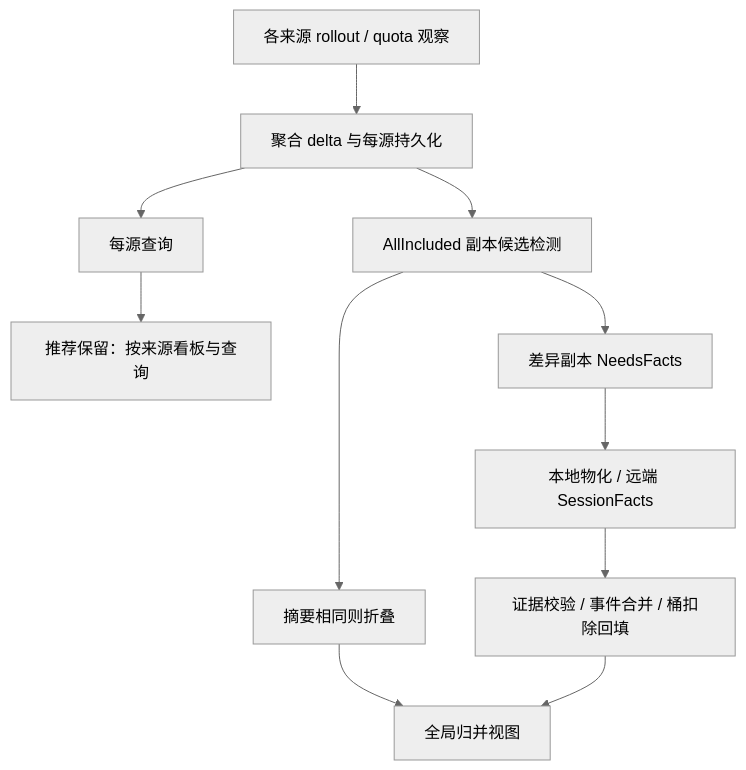
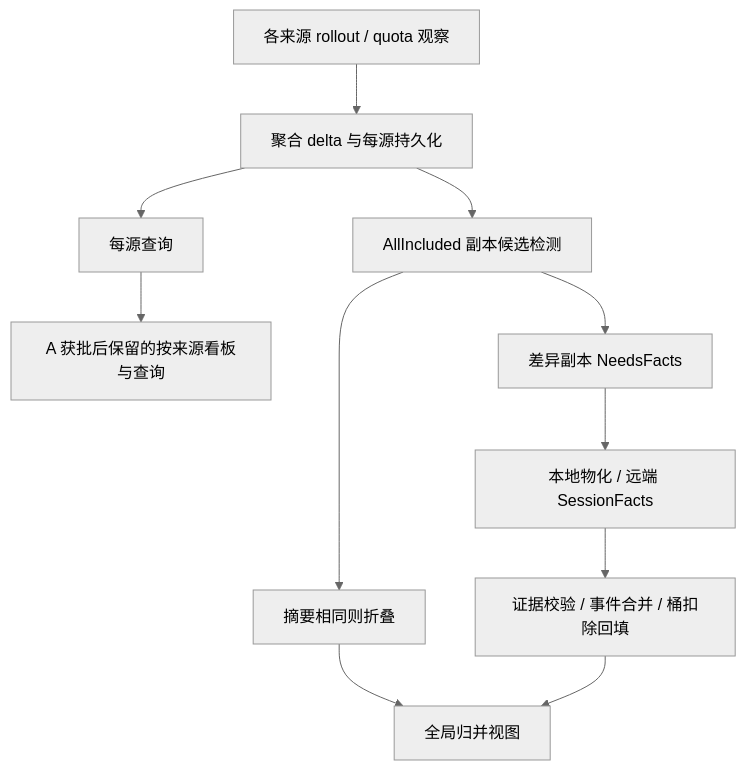
Before and after one commit to ghostroller/codex-usage-monit: the diagram in docs/refactoring-proposal-2026-09-26.zh-CN.md, drawn with Mermaid (neutral theme). The commit also changed other lines of this file and 3 other files, not shown here.

````diff
--- a/docs/refactoring-proposal-2026-09-26.zh-CN.md
+++ b/docs/refactoring-proposal-2026-09-26.zh-CN.md
@@ -88,13 +112,13 @@
 ```mermaid
 flowchart TD
     A[各来源 rollout / quota 观察] --> B[聚合 delta 与每源持久化]
     B --> C[每源查询]
     B --> D[AllIncluded 副本候选检测]
     D --> E[摘要相同则折叠]
     D --> F[差异副本 NeedsFacts]
     F --> G[本地物化 / 远端 SessionFacts]
     G --> H[证据校验 / 事件合并 / 桶扣除回填]
     E --> I[全局归并视图]
     H --> I
-    C --> J[推荐保留：按来源看板与查询]
+    C --> J[A 获批后保留的按来源看板与查询]
 ```
````
